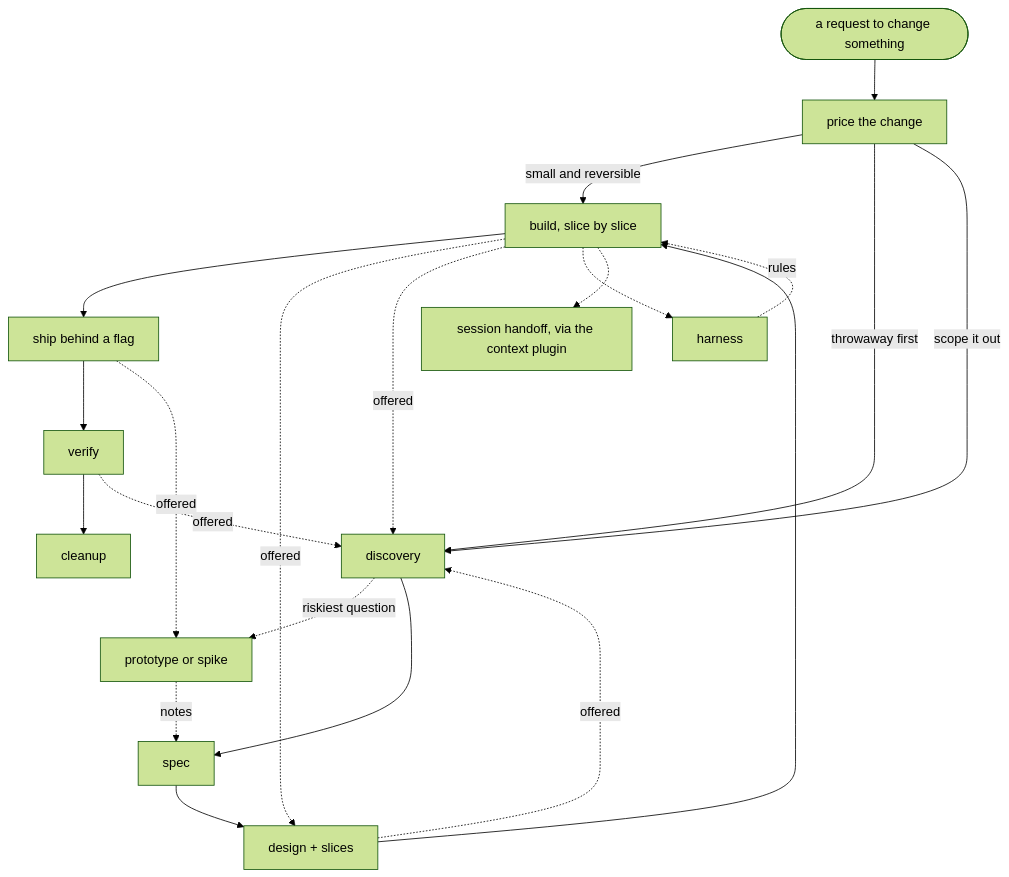
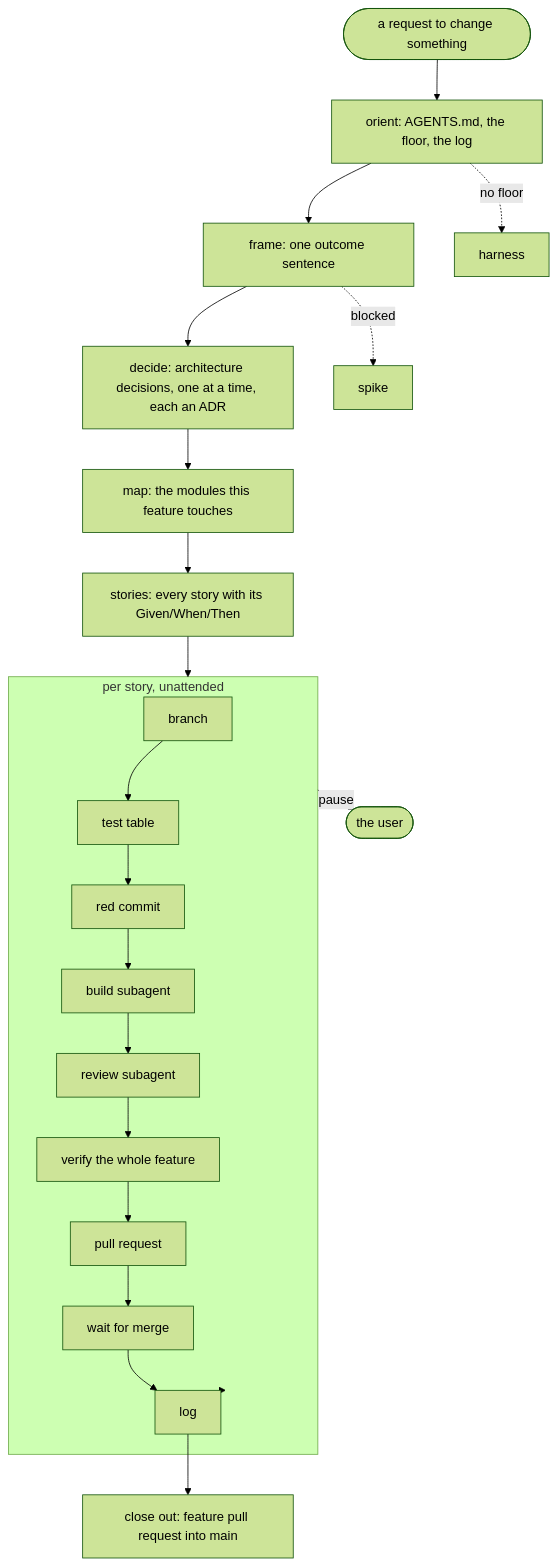
One commit to DaveBben/skills changed the diagram in plugins/SDLC/README.md. Above: the diagram before and after it, drawn with Mermaid (forest theme). The commit also changed other lines of this file and 16 other files, not shown here.

````diff
--- a/plugins/SDLC/README.md
+++ b/plugins/SDLC/README.md
@@ -42,26 +42,20 @@
 ```mermaid
 flowchart TD
-    REQ([a request to change something]) --> PRICE[price the change]
-    PRICE -->|small and reversible| IMP
-    PRICE -->|throwaway first| DISC
-    PRICE -->|scope it out| DISC
+    REQ([a request to change something]) --> OR[orient: AGENTS.md, the floor, the log]
+    OR --> FR[frame: one outcome sentence]
+    FR --> DEC[decide: architecture decisions, one at a time, each an ADR]
+    DEC --> MAP[map: the modules this feature touches]
+    MAP --> CARDS[stories: every story with its Given/When/Then]
+    CARDS --> SL
 
-    DISC[discovery] -. riskiest question .-> THROW[prototype or spike]
-    THROW -. notes .-> SPEC
-    DISC --> SPEC[spec]
-    SPEC --> DES[design + slices]
-    DES --> IMP[build, slice by slice]
-    IMP --> SHIP[ship behind a flag]
-    SHIP --> VER[verify]
-    VER --> CLEAN[cleanup]
+    subgraph SL [per story, unattended]
+      BR[branch] --> TT[test table] --> RED[red commit] --> BLD[build subagent] --> REV[review subagent] --> VER[verify the whole feature] --> PR[pull request] --> MRG[wait for merge] --> LOG[log]
+    end
 
-    DES -. offered .-> DISC
-    IMP -. offered .-> DES
-    IMP -. offered .-> DISC
-    VER -. offered .-> DISC
+    LOG --> SL
+    LOG --> OUT[close out: feature pull request into main]
 
-    IMP -.-> BOOT[harness]
-    BOOT -. rules .-> IMP
-    SHIP -. offered .-> THROW
-    IMP -.-> HO[session handoff, via the context plugin]
+    SL -. pause .-> USER([the user])
+    FR -. blocked .-> SPIKE[spike]
+    OR -. no floor .-> HARN[harness]
 ```
````
